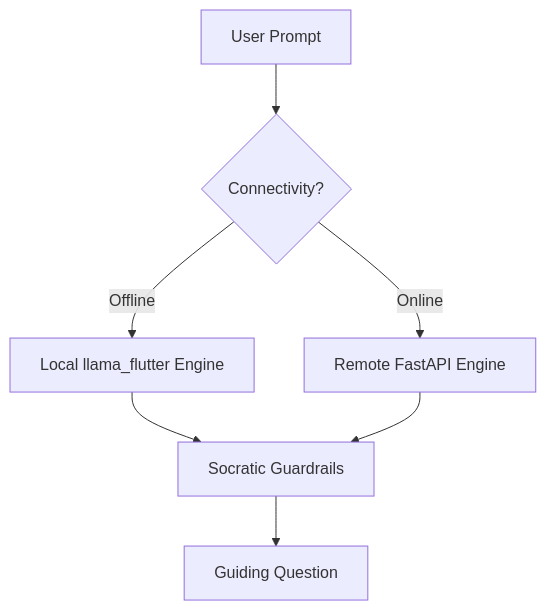
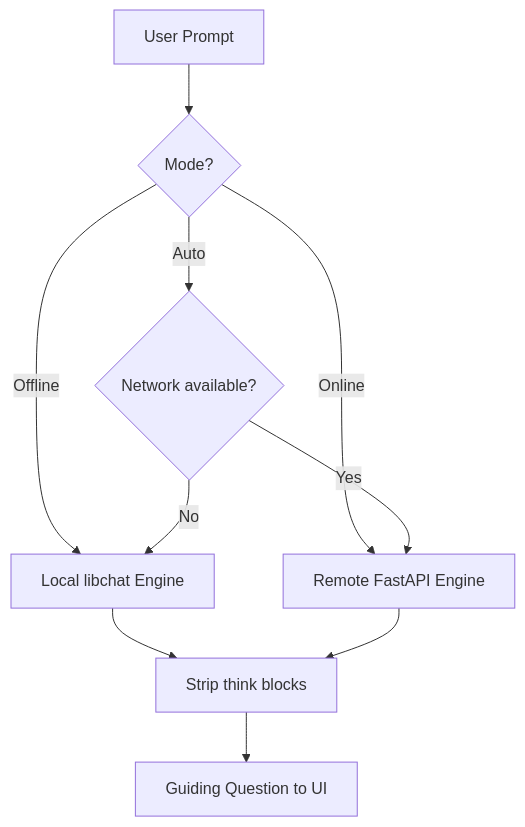
The diagram in README.md (O-keita/socratic_ai_tutor), drawn with Mermaid before and after one commit. The commit also changed other lines of this file and 146 other files, not shown here.

````diff
--- a/README.md
+++ b/README.md
@@ -35,9 +27,12 @@
 ```mermaid
 graph TD
-    A[User Prompt] --> B{Connectivity?}
-    B -- Offline --> C[Local llama_flutter Engine]
+    A[User Prompt] --> B{Mode?}
+    B -- Offline --> C[Local libchat Engine]
     B -- Online --> D[Remote FastAPI Engine]
-    C --> E[Socratic Guardrails]
-    D --> E
-    E --> F[Guiding Question]
+    B -- Auto --> E{Network available?}
+    E -- Yes --> D
+    E -- No --> C
+    C --> F[Strip think blocks]
+    D --> F
+    F --> G[Guiding Question to UI]
 ```
````
